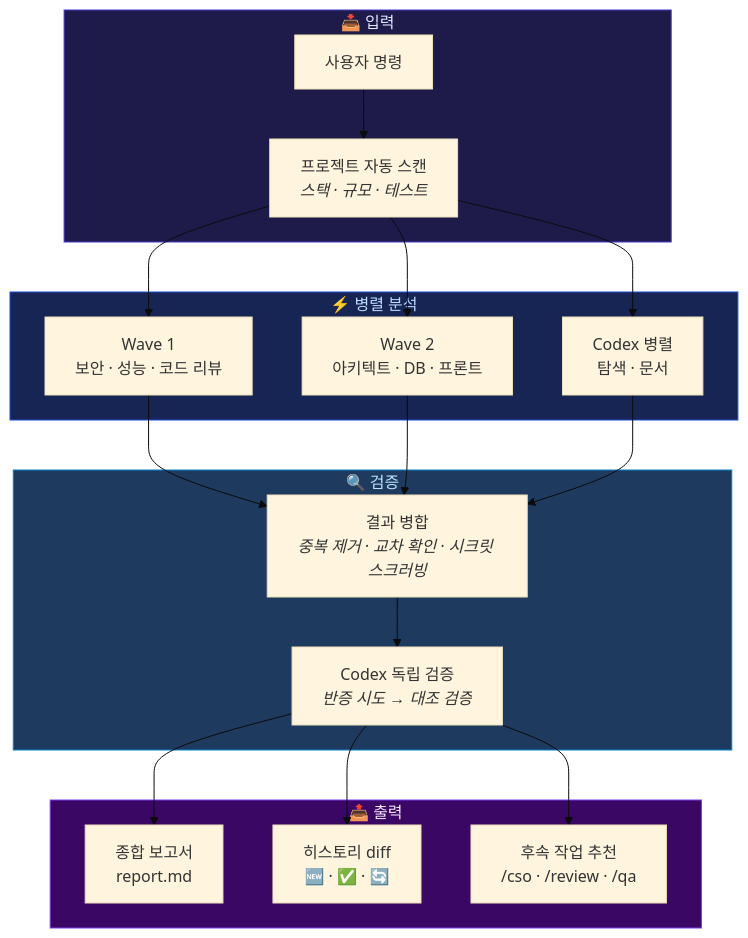
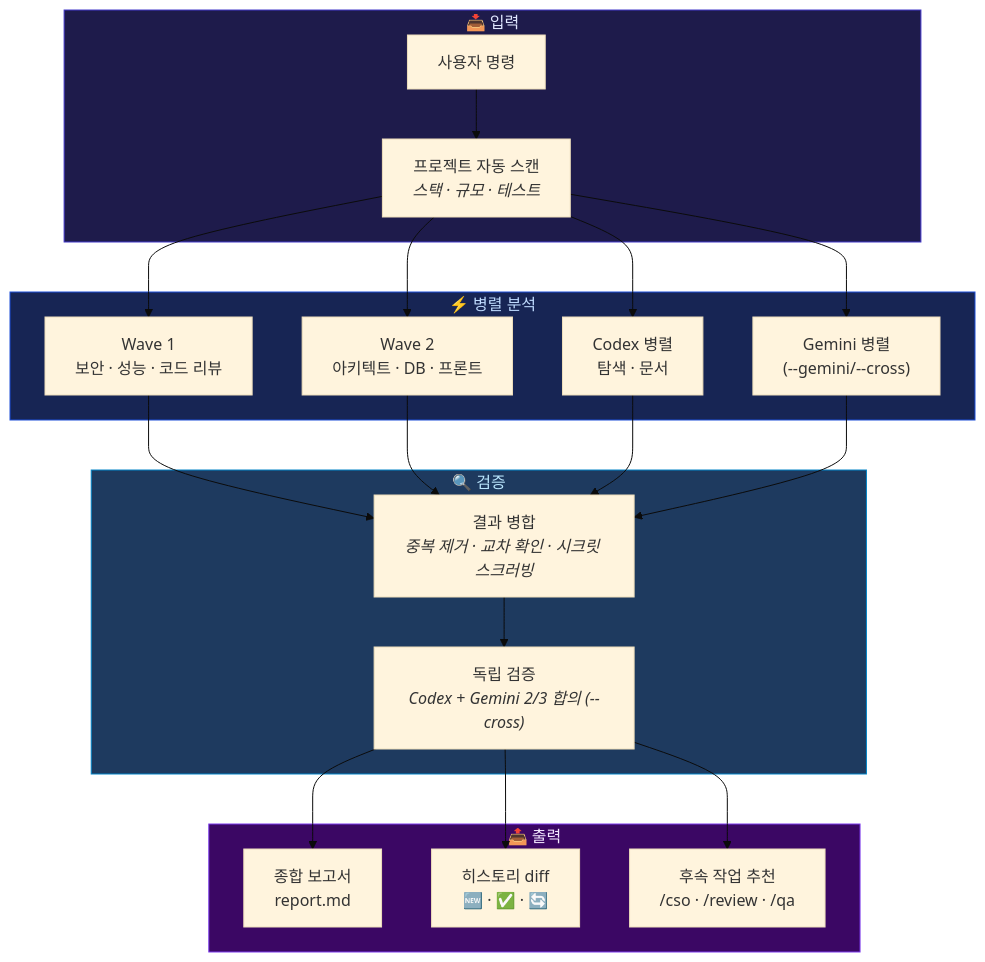
Before and after one commit to ivelly42/team-agent-skill: the diagram in README.md, drawn with Mermaid (base theme). The commit also changed other lines of this file, not shown here.

First line of the commit message:
docs(readme): refresh for v3 — 42 roles, --gemini/--cross flags, 11 refs files, manifest v3

````diff
--- a/README.md
+++ b/README.md
@@ -44,28 +44,29 @@
 ```mermaid
 flowchart TB
     subgraph Input["📥 입력"]
         U["사용자 명령"] --> S["프로젝트 자동 스캔<br/><i>스택 · 규모 · 테스트</i>"]
     end
 
     subgraph Parallel["⚡ 병렬 분석"]
         S --> W1["Wave 1<br/>보안 · 성능 · 코드 리뷰"]
         S --> W2["Wave 2<br/>아키텍트 · DB · 프론트"]
         S --> CX["Codex 병렬<br/>탐색 · 문서"]
+        S --> GM["Gemini 병렬<br/>(--gemini/--cross)"]
     end
 
     subgraph Verify["🔍 검증"]
-        W1 & W2 & CX --> M["결과 병합<br/><i>중복 제거 · 교차 확인 · 시크릿 스크러빙</i>"]
-        M --> V["Codex 독립 검증<br/><i>반증 시도 → 대조 검증</i>"]
+        W1 & W2 & CX & GM --> M["결과 병합<br/><i>중복 제거 · 교차 확인 · 시크릿 스크러빙</i>"]
+        M --> V["독립 검증<br/><i>Codex + Gemini 2/3 합의 (--cross)</i>"]
     end
 
     subgraph Output["📤 출력"]
         V --> R["종합 보고서<br/>report.md"]
         V --> H["히스토리 diff<br/>🆕 · ✅ · 🔄"]
         V --> N["후속 작업 추천<br/>/cso · /review · /qa"]
     end
 
     style Input fill:#1e1b4b,color:#e0e7ff,stroke:#4338ca
     style Parallel fill:#172554,color:#bfdbfe,stroke:#1d4ed8
     style Verify fill:#1e3a5f,color:#bae6fd,stroke:#0284c7
     style Output fill:#3b0764,color:#f3e8ff,stroke:#7c3aed
 ```
````
